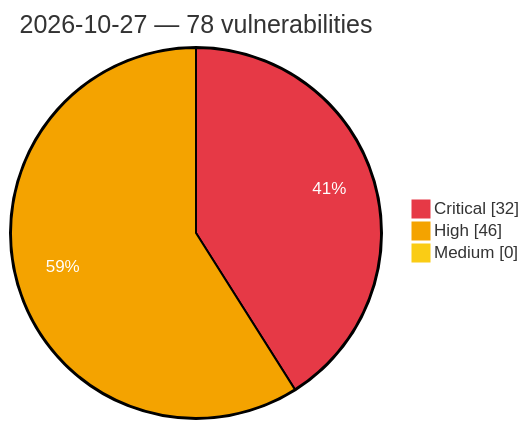
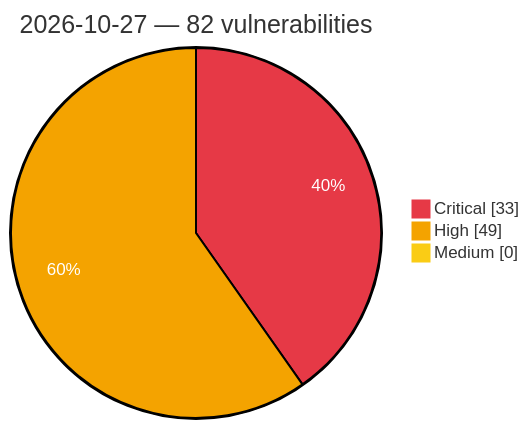
Before and after one commit to GhostX0X/vuln-tracker: the diagram in vulnerabilities/2026/October/2026-10-27.md, drawn with Mermaid. The commit also changed other lines of this file and 8 other files, not shown here.

Commit message:
Auto update: critical/high vulns (2026-10-28 01:34 UTC)

````diff
--- a/vulnerabilities/2026/October/2026-10-27.md
+++ b/vulnerabilities/2026/October/2026-10-27.md
@@ -3,8 +3,8 @@
 ```mermaid
 %%{init: {'theme':'base', 'themeVariables': {'pie1':'#e63946', 'pie2':'#f4a300', 'pie3':'#facc15', 'pieOpacity':'1', 'pieOuterStrokeWidth':'2px', 'pieSectionTextColor':'#ffffff'}}}%%
 pie showData
-    title 2026-10-27 — 78 vulnerabilities
-    "Critical" : 32
-    "High" : 46
+    title 2026-10-27 — 82 vulnerabilities
+    "Critical" : 33
+    "High" : 49
     "Medium" : 0
 ```
````
